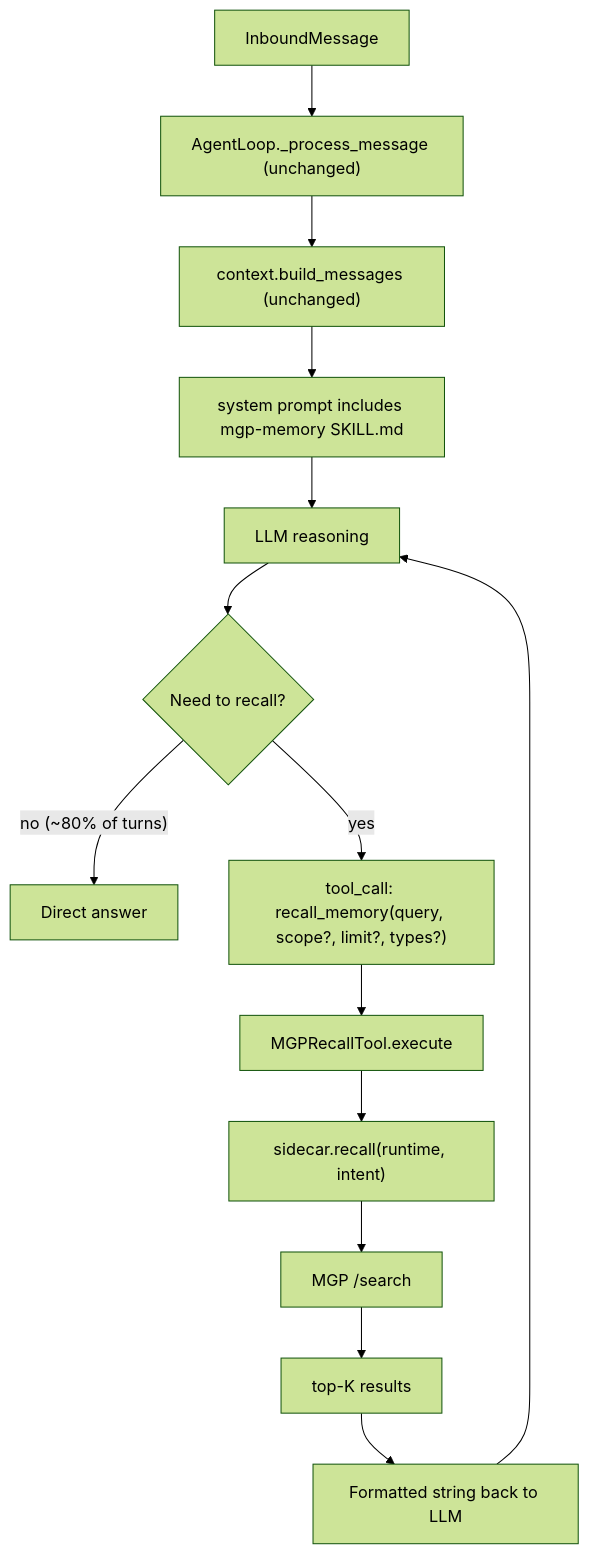
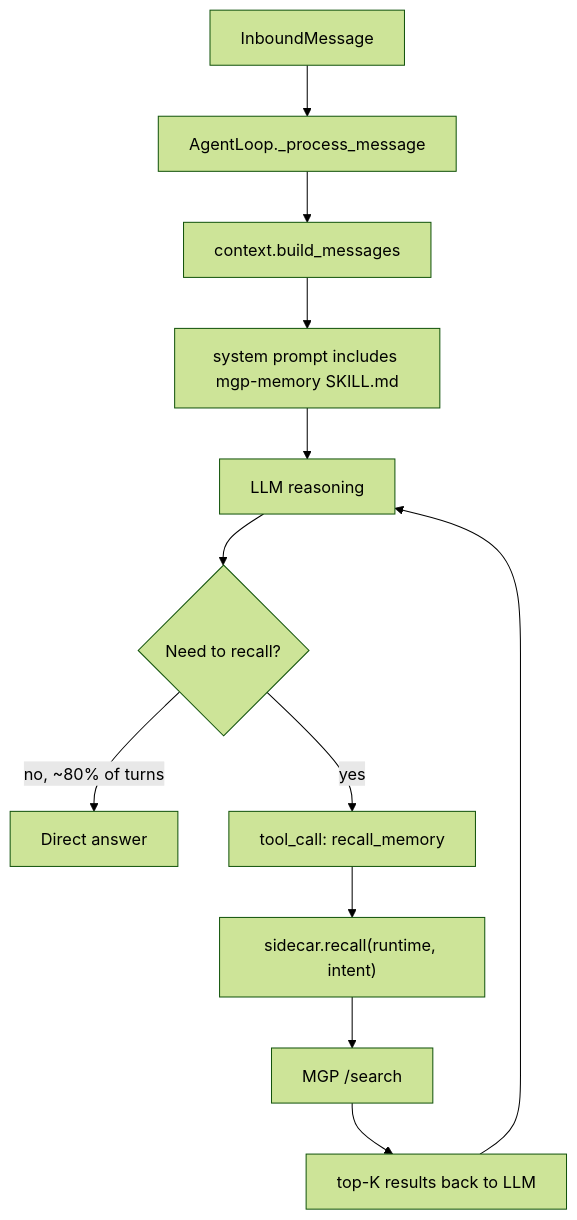
Before and after one commit to LarFii/nanobot: the first of 2 diagrams in nanobot/agent/mgp/README.md, drawn with Mermaid (forest theme). The commit also changed other lines of this file and 7 other files, not shown here.

````diff
--- a/nanobot/agent/mgp/README.md
+++ b/nanobot/agent/mgp/README.md
@@ -61,16 +36,14 @@
 ```mermaid
 flowchart TD
-  UserMsg["InboundMessage"] --> ProcessMessage["AgentLoop._process_message (unchanged)"]
-  ProcessMessage --> BuildMsgs["context.build_messages (unchanged)"]
+  UserMsg["InboundMessage"] --> ProcessMessage["AgentLoop._process_message"]
+  ProcessMessage --> BuildMsgs["context.build_messages"]
   BuildMsgs --> SystemPrompt["system prompt includes mgp-memory SKILL.md"]
   SystemPrompt --> LLMCall["LLM reasoning"]
   LLMCall --> Decide{"Need to recall?"}
-  Decide -->|"no (~80% of turns)"| Answer["Direct answer"]
-  Decide -->|"yes"| ToolCall["tool_call: recall_memory(query, scope?, limit?, types?)"]
-  ToolCall --> ToolExec["MGPRecallTool.execute"]
-  ToolExec --> Sidecar["sidecar.recall(runtime, intent)"]
+  Decide -->|"no, ~80% of turns"| Answer["Direct answer"]
+  Decide -->|"yes"| ToolCall["tool_call: recall_memory"]
+  ToolCall --> Sidecar["sidecar.recall(runtime, intent)"]
   Sidecar --> Gateway["MGP /search"]
-  Gateway --> Result["top-K results"]
-  Result --> ToolReturn["Formatted string back to LLM"]
-  ToolReturn --> LLMCall
+  Gateway --> Result["top-K results back to LLM"]
+  Result --> LLMCall
 ```
````
